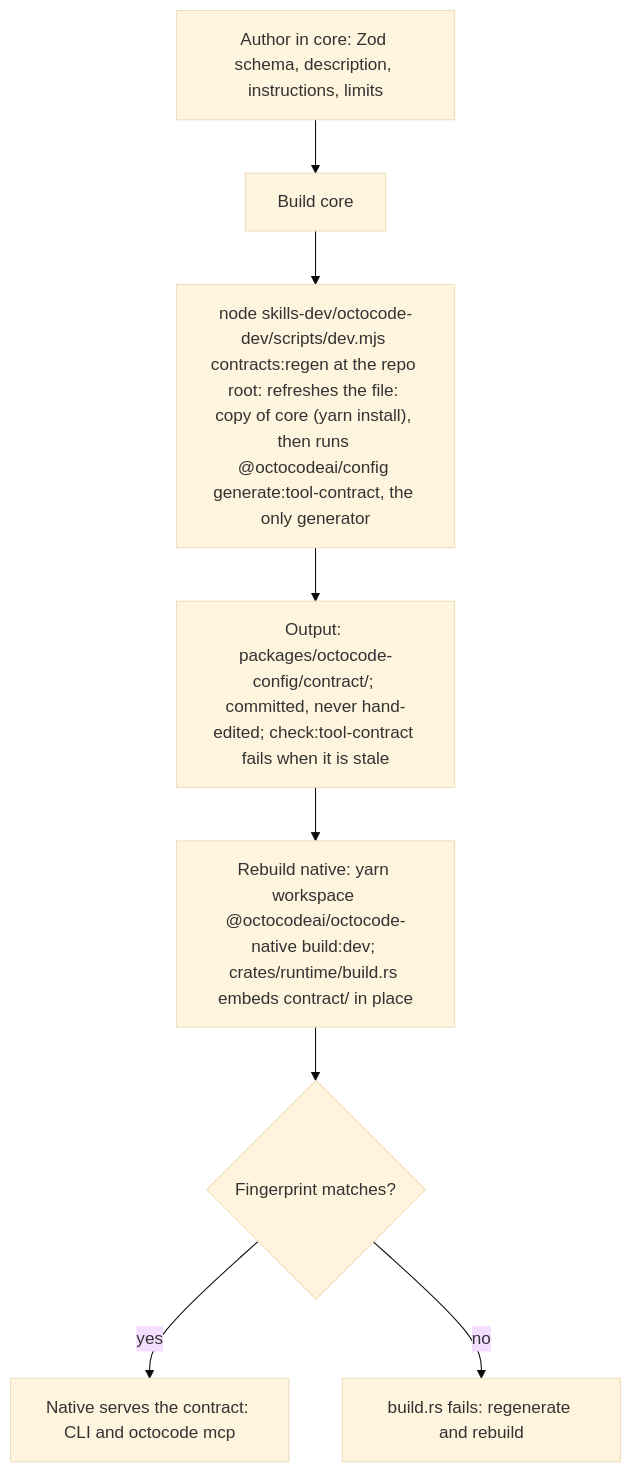
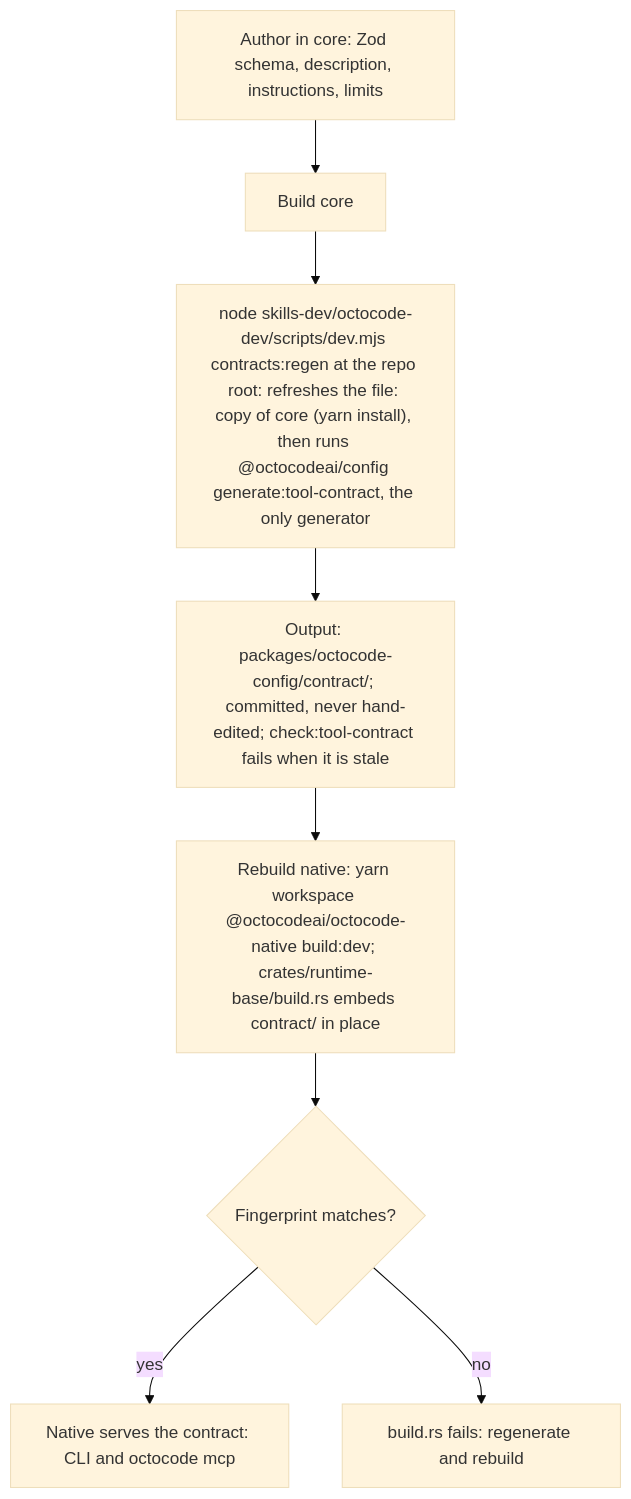
One commit to bgauryy/octocode changed the second of 2 diagrams in skills-dev/octocode-dev/docs/DEVELOPMENT.md. Above: the diagram before and after it, drawn with Mermaid (base theme). The commit also changed other lines of this file and 4741 other files, not shown here.

````diff
--- a/skills-dev/octocode-dev/docs/DEVELOPMENT.md
+++ b/skills-dev/octocode-dev/docs/DEVELOPMENT.md
@@ -67,10 +72,10 @@
 ```mermaid
 flowchart TD
   A["Author in core: Zod schema, description, instructions, limits"] --> B[Build core]
   B --> C["node skills-dev/octocode-dev/scripts/dev.mjs contracts:regen at the repo root: refreshes the file: copy of core (yarn install), then runs @octocodeai/config generate:tool-contract, the only generator"]
   C --> D["Output: packages/octocode-config/contract/; committed, never hand-edited; check:tool-contract fails when it is stale"]
-  D --> E["Rebuild native: yarn workspace @octocodeai/octocode-native build:dev; crates/runtime/build.rs embeds contract/ in place"]
+  D --> E["Rebuild native: yarn workspace @octocodeai/octocode-native build:dev; crates/runtime-base/build.rs embeds contract/ in place"]
   E --> F{Fingerprint matches?}
   F -- yes --> G["Native serves the contract: CLI and octocode mcp"]
   F -- no --> H[build.rs fails: regenerate and rebuild]
 ```
````
